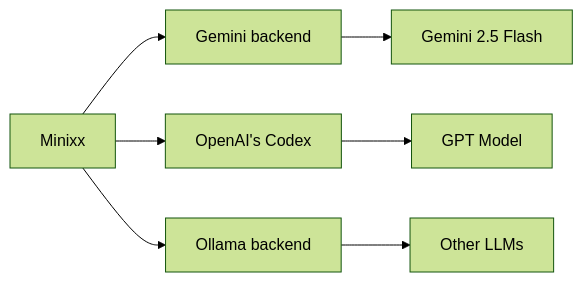
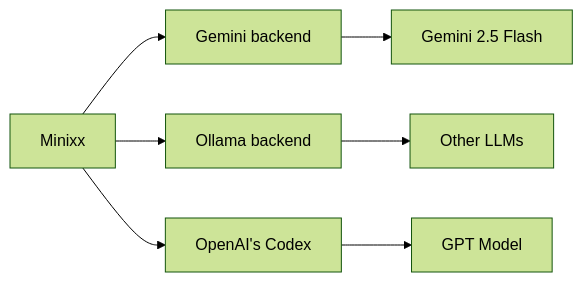
Before and after one commit to mtov/minixx: the first of 4 diagrams in README.md, drawn with Mermaid (forest theme). The commit also changed other lines of this file, not shown here.

````diff
--- a/README.md
+++ b/README.md
@@ -80,9 +80,9 @@
 ```mermaid
 flowchart LR
     Minixx --> Gemini["Gemini backend"]
     Gemini --> GoogleModel["Gemini 2.5 Flash"]
+    Minixx --> Ollama["Ollama backend"]
+    Ollama --> Other["Other LLMs"]
     Minixx --> Codex["OpenAI's Codex"]
     Codex --> GPT["GPT Model"]
-    Minixx --> Ollama["Ollama backend"]
-    Ollama --> Other["Other LLMs"]
 ```
````
